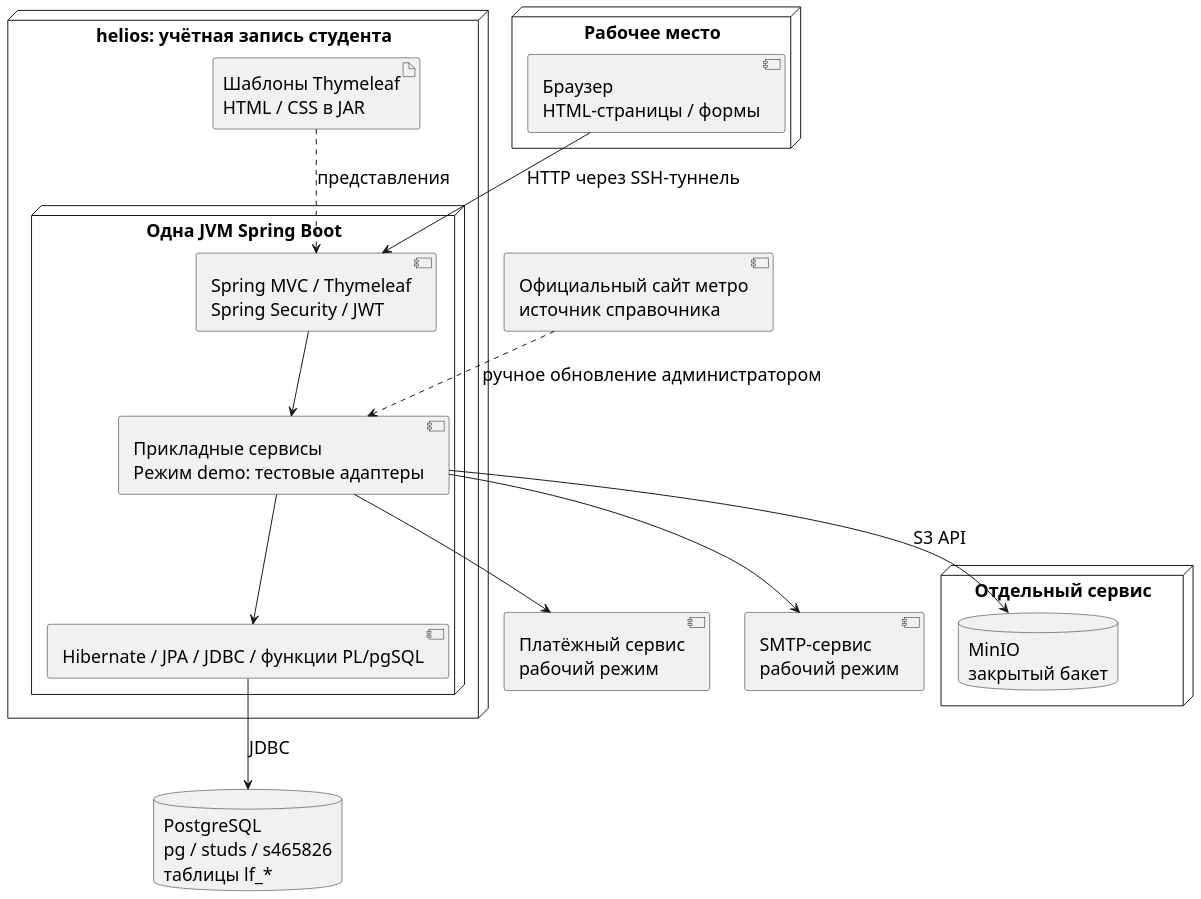
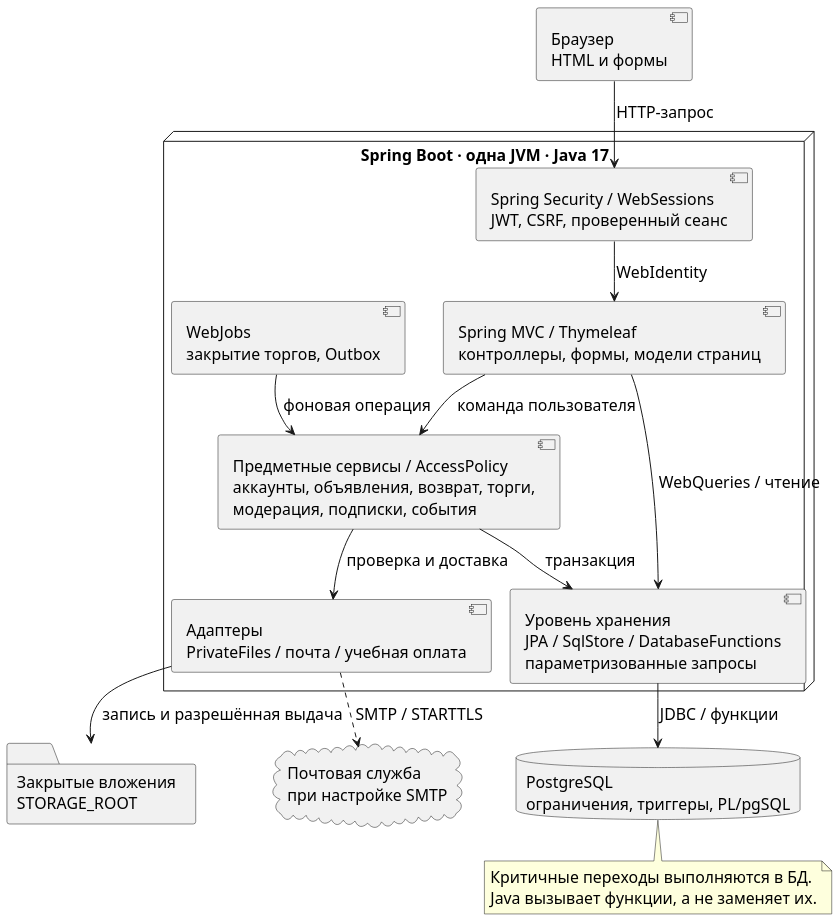
One commit to evgrart/Information-system-course-work changed the diagram in docs/part1/uml/04_architecture.puml. Above: the diagram before and after it, drawn with PlantUML. The commit also changed 20 other files, not shown here.

```diff
--- a/docs/part1/uml/04_architecture.puml
+++ b/docs/part1/uml/04_architecture.puml
@@ -1,34 +1,34 @@
 @startuml
+!pragma layout smetana
 top to bottom direction
 skinparam dpi 130
-skinparam defaultFontSize 18
+skinparam defaultFontName Arial
+skinparam defaultFontSize 16
 skinparam shadowing false
-skinparam defaultFontName Arial
-node "Рабочее место" {
-component "Браузер\nHTML-страницы / формы" as Browser
+component "Браузер\nHTML и формы" as Browser
+node "Spring Boot · одна JVM · Java 17" {
+  component "Spring Security / WebSessions\nJWT, CSRF, проверенный сеанс" as Security
+  component "Spring MVC / Thymeleaf\nконтроллеры, формы, модели страниц" as MVC
+  component "Предметные сервисы / AccessPolicy\nаккаунты, объявления, возврат, торги,\nмодерация, подписки, события" as Services
+  component "WebJobs\nзакрытие торгов, Outbox" as Jobs
+  component "Уровень хранения\nJPA / SqlStore / DatabaseFunctions\nпараметризованные запросы" as Storage
+  component "Адаптеры\nPrivateFiles / почта / учебная оплата" as Adapters
 }
-node "helios: учётная запись студента" {
-node "Одна JVM Spring Boot" {
-component "Spring MVC / Thymeleaf\nSpring Security / JWT" as Web
-component "Прикладные сервисы\nРежим demo: тестовые адаптеры" as Services
-component "Hibernate / JPA / JDBC / функции PL/pgSQL" as Repo
-}
-artifact "Шаблоны Thymeleaf\nHTML / CSS в JAR" as Frontend
-}
-database "PostgreSQL\npg / studs / s465826\nтаблицы lf_*" as DB
-node "Отдельный сервис" {
-database "MinIO\nзакрытый бакет" as Files
-}
-component "Платёжный сервис\nрабочий режим" as Pay
-component "SMTP-сервис\nрабочий режим" as Mail
-component "Официальный сайт метро\nисточник справочника" as Metro
-Browser --> Web : HTTP через SSH-туннель
-Web --> Services
-Frontend ..> Web : представления
-Services --> Repo
-Repo --> DB : JDBC
-Services --> Files : S3 API
-Services --> Pay
-Services --> Mail
-Metro ..> Services : ручное обновление администратором
+database "PostgreSQL\nограничения, триггеры, PL/pgSQL" as DB
+folder "Закрытые вложения\nSTORAGE_ROOT" as Files
+cloud "Почтовая служба\nпри настройке SMTP" as Mail
+Browser --> Security : HTTP-запрос
+Security --> MVC : WebIdentity
+MVC --> Services : команда пользователя
+Jobs --> Services : фоновая операция
+Services --> Storage : транзакция
+MVC --> Storage : WebQueries / чтение
+Services --> Adapters : проверка и доставка
+Storage --> DB : JDBC / функции
+Adapters --> Files : запись и разрешённая выдача
+Adapters ..> Mail : SMTP / STARTTLS
+note bottom of DB
+  Критичные переходы выполняются в БД.
+  Java вызывает функции, а не заменяет их.
+end note
 @enduml
```
